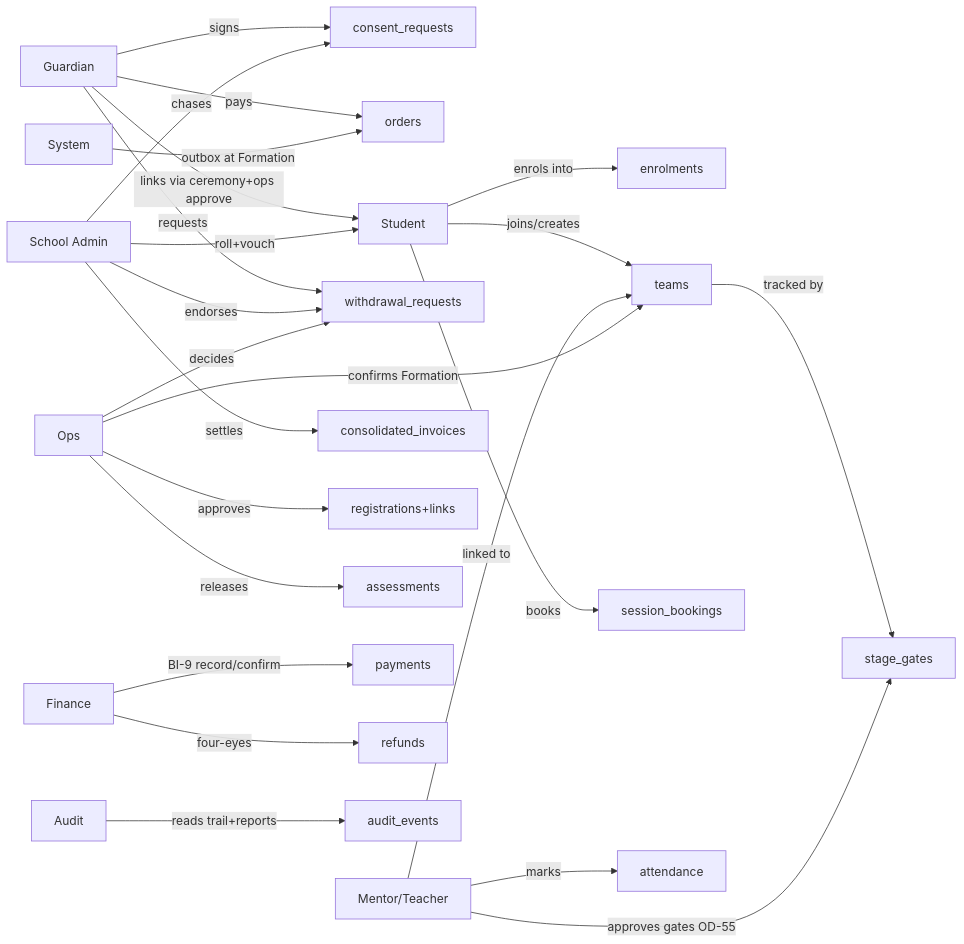
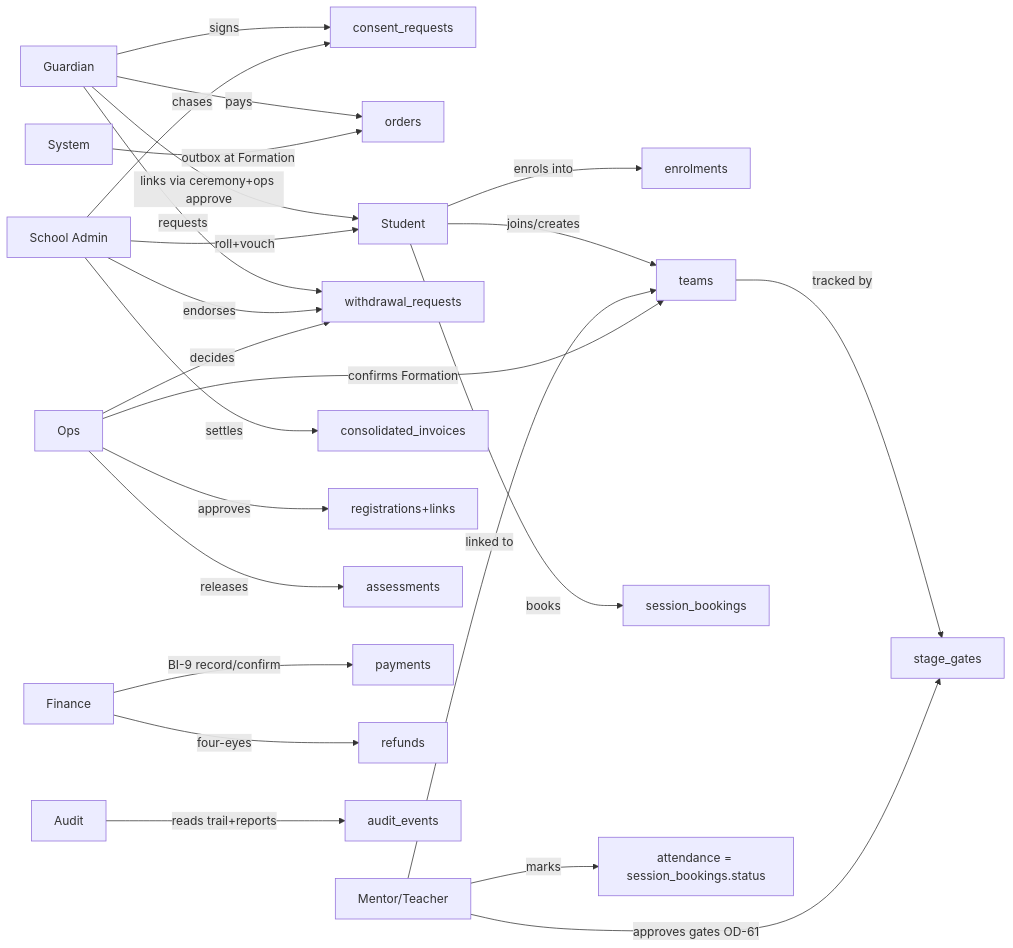
The second of 7 diagrams in docs/reference/KAP-DATA-ATLAS.md (Ivanwongclub/ka-playground), drawn with Mermaid before and after one commit. The commit also changed other lines of this file and 3 other files, not shown here.

````diff
--- a/docs/reference/KAP-DATA-ATLAS.md
+++ b/docs/reference/KAP-DATA-ATLAS.md
@@ -127,26 +127,26 @@
 ```mermaid
 flowchart LR
     G[Guardian] -->|signs| CR[consent_requests]
     G -->|pays| O[orders]
     G -->|links via ceremony+ops approve| S[Student]
     G -->|requests| WR[withdrawal_requests]
     S -->|enrols into| E[enrolments]
     S -->|joins/creates| T[teams]
     S -->|books| SB[session_bookings]
     T -->|tracked by| SG[stage_gates]
     M[Mentor/Teacher] -->|linked to| T
-    M -->|approves gates OD-55| SG
-    M -->|marks| ATT[attendance]
+    M -->|approves gates OD-61| SG
+    M -->|marks| ATT["attendance = session_bookings.status"]
     SA[School Admin] -->|roll+vouch| S
     SA -->|endorses| WR
     SA -->|chases| CR
     SA -->|settles| CI[consolidated_invoices]
     OPS[Ops] -->|approves| REG[registrations+links]
     OPS -->|confirms Formation| T
     OPS -->|decides| WR
     OPS -->|releases| A[assessments]
     FIN[Finance] -->|BI-9 record/confirm| P[payments]
     FIN -->|four-eyes| RF[refunds]
     AUD[Audit] -->|reads trail+reports| AE[audit_events]
     SYS[System] -->|outbox at Formation| O
 ```
````
